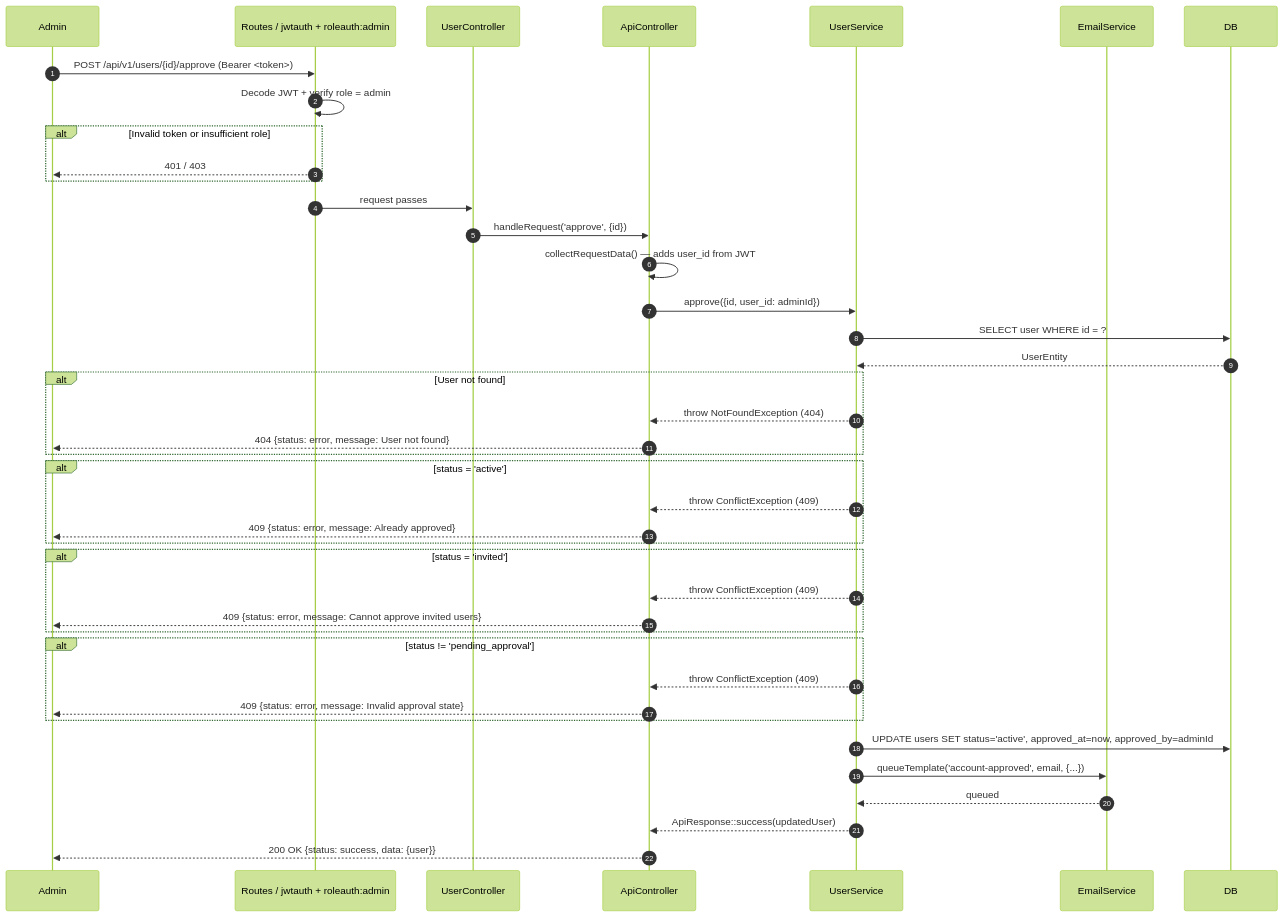
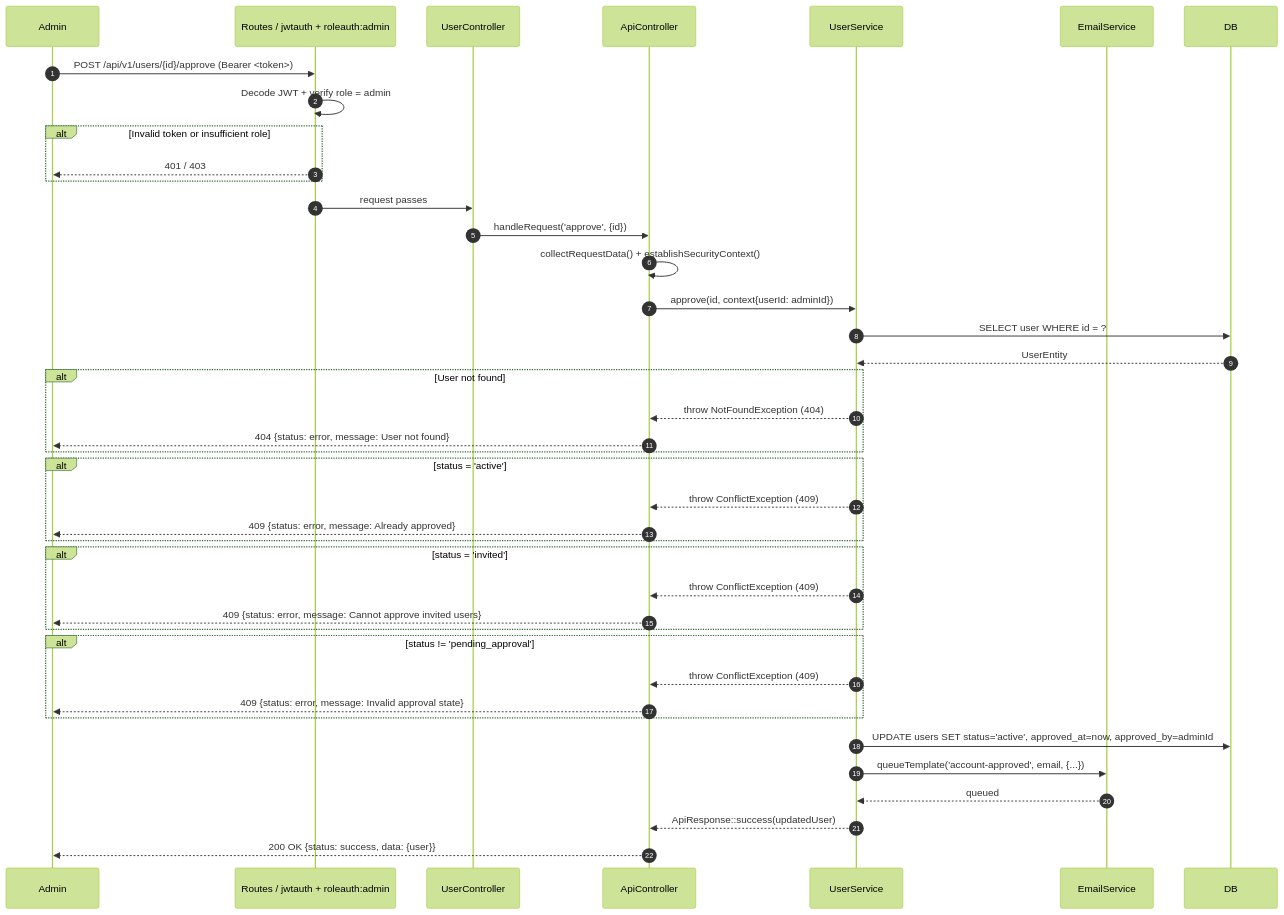
The second of 3 diagrams in docs/flows/REGISTER-APPROVAL-FLOW.md (dcardenasl/ci4-api-starter), drawn with Mermaid (forest theme) before and after one commit. The commit also changed other lines of this file and 7 other files, not shown here.

First line of the commit message:
docs(flows): update sequence diagrams and layer definitions

````diff
--- a/docs/flows/REGISTER-APPROVAL-FLOW.md
+++ b/docs/flows/REGISTER-APPROVAL-FLOW.md
@@ -101,54 +101,54 @@
 ```mermaid
 sequenceDiagram
     autonumber
     participant Admin
     participant jwtauth as Routes / jwtauth + roleauth:admin
     participant Controller as UserController
     participant ApiCtrl as ApiController
     participant UserSvc as UserService
     participant EmailSvc as EmailService
     participant DB
 
     Admin->>jwtauth: POST /api/v1/users/{id}/approve (Bearer <token>)
 
     jwtauth->>jwtauth: Decode JWT + verify role = admin
     alt Invalid token or insufficient role
         jwtauth-->>Admin: 401 / 403
     end
 
     jwtauth->>Controller: request passes
 
     Controller->>ApiCtrl: handleRequest('approve', {id})
-    ApiCtrl->>ApiCtrl: collectRequestData() — adds user_id from JWT
-    ApiCtrl->>UserSvc: approve({id, user_id: adminId})
+    ApiCtrl->>ApiCtrl: collectRequestData() + establishSecurityContext()
+    ApiCtrl->>UserSvc: approve(id, context{userId: adminId})
 
     UserSvc->>DB: SELECT user WHERE id = ?
     DB-->>UserSvc: UserEntity
 
     alt User not found
         UserSvc-->>ApiCtrl: throw NotFoundException (404)
         ApiCtrl-->>Admin: 404 {status: error, message: User not found}
     end
 
     alt status = 'active'
         UserSvc-->>ApiCtrl: throw ConflictException (409)
         ApiCtrl-->>Admin: 409 {status: error, message: Already approved}
     end
 
     alt status = 'invited'
         UserSvc-->>ApiCtrl: throw ConflictException (409)
         ApiCtrl-->>Admin: 409 {status: error, message: Cannot approve invited users}
     end
 
     alt status != 'pending_approval'
         UserSvc-->>ApiCtrl: throw ConflictException (409)
         ApiCtrl-->>Admin: 409 {status: error, message: Invalid approval state}
     end
 
     UserSvc->>DB: UPDATE users SET status='active', approved_at=now, approved_by=adminId
     UserSvc->>EmailSvc: queueTemplate('account-approved', email, {...})
     EmailSvc-->>UserSvc: queued
 
     UserSvc-->>ApiCtrl: ApiResponse::success(updatedUser)
     ApiCtrl-->>Admin: 200 OK {status: success, data: {user}}
 ```
````
